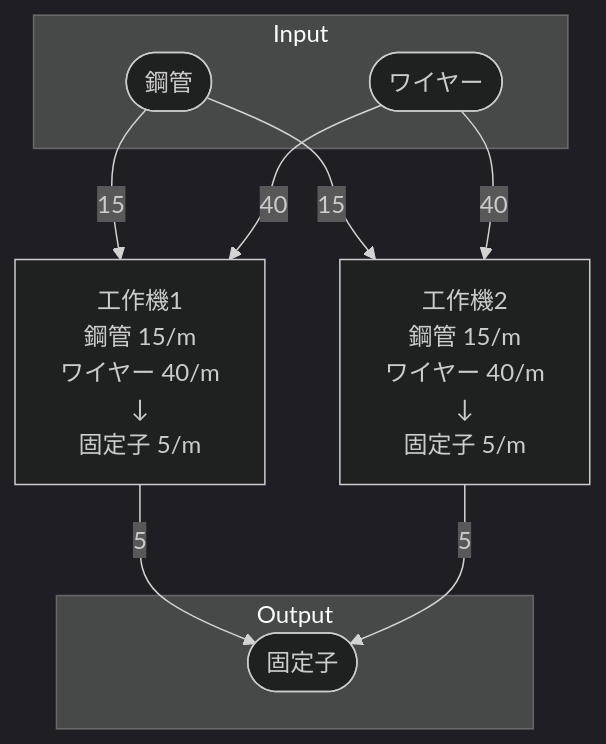
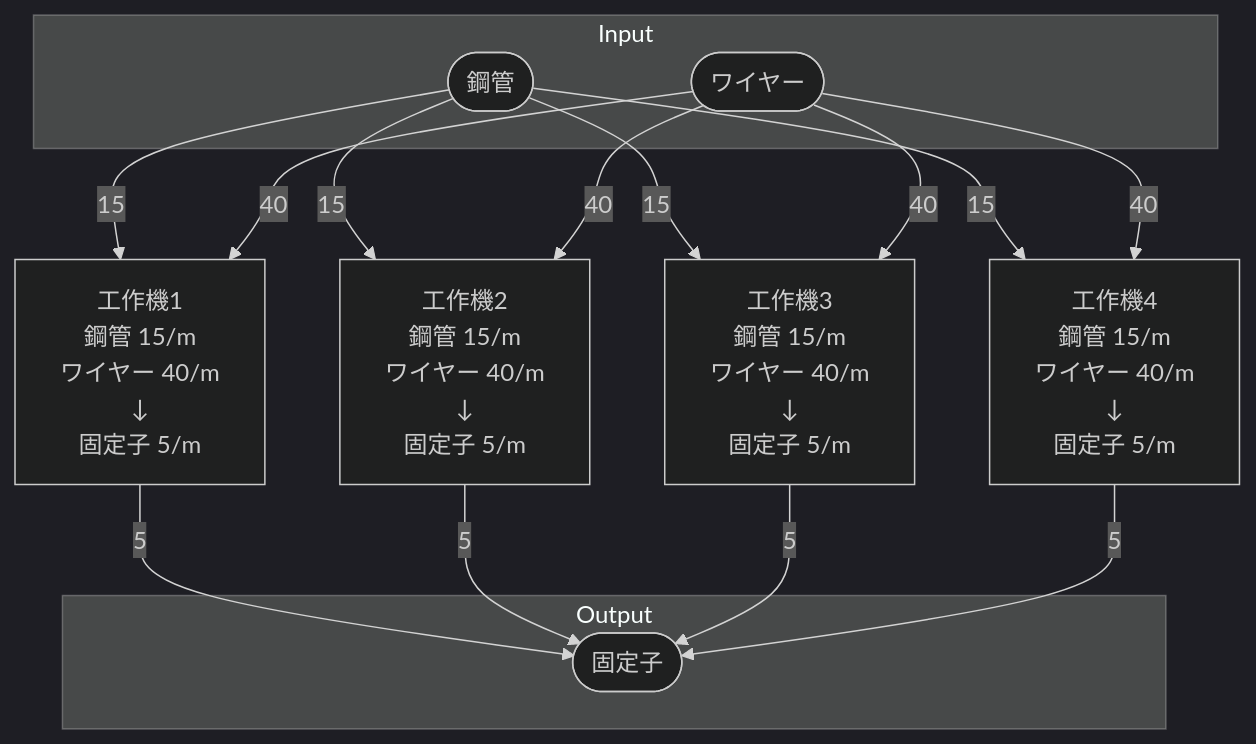
Before and after one commit to Suzuran-Amano/SatisfactoryTaskEfficiency: the diagram in 40_FactoryBuilding/自動ワイヤー工場/40_個別製造ライン設計書/個別製造ライン設計書_固定子製造ライン.md, drawn with Mermaid (dark theme). The commit also changed other lines of this file and 8 other files, not shown here.

````diff
--- a/40_FactoryBuilding/自動ワイヤー工場/40_個別製造ライン設計書/個別製造ライン設計書_固定子製造ライン.md
+++ b/40_FactoryBuilding/自動ワイヤー工場/40_個別製造ライン設計書/個別製造ライン設計書_固定子製造ライン.md
@@ -19,35 +19,57 @@
 ```mermaid
 flowchart TD
 
 subgraph Input
     鋼管([鋼管])
     ワイヤー([ワイヤー])
 end
 
 工作機1[
     工作機1
     鋼管 15/m
     ワイヤー 40/m
     ↓
     固定子 5/m
 ]
 
 工作機2[
     工作機2
     鋼管 15/m
     ワイヤー 40/m
     ↓
     固定子 5/m
 ]
 
+工作機3[
+    工作機3
+    鋼管 15/m
+    ワイヤー 40/m
+    ↓
+    固定子 5/m
+]
+
+工作機4[
+    工作機4
+    鋼管 15/m
+    ワイヤー 40/m
+    ↓
+    固定子 5/m
+]
+
 subgraph Output
     固定子([固定子])
 end
 
 鋼管-->|15|工作機1
 ワイヤー-->|40|工作機1
 工作機1-->|5|固定子
 鋼管-->|15|工作機2
 ワイヤー-->|40|工作機2
 工作機2-->|5|固定子
+鋼管-->|15|工作機3
+ワイヤー-->|40|工作機3
+工作機3-->|5|固定子
+鋼管-->|15|工作機4
+ワイヤー-->|40|工作機4
+工作機4-->|5|固定子
 ```
````
